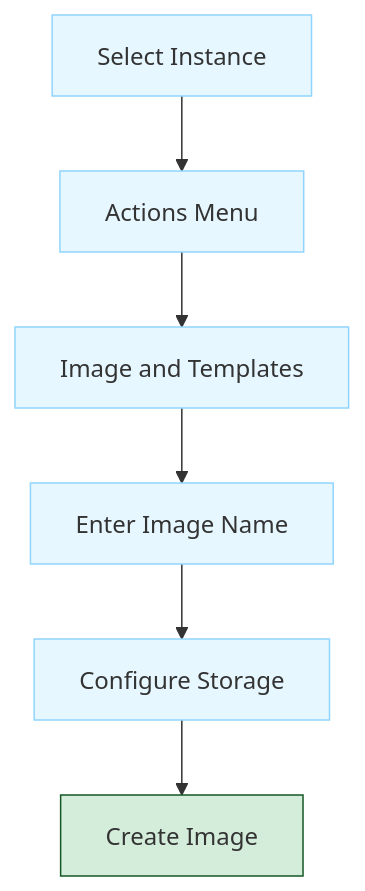
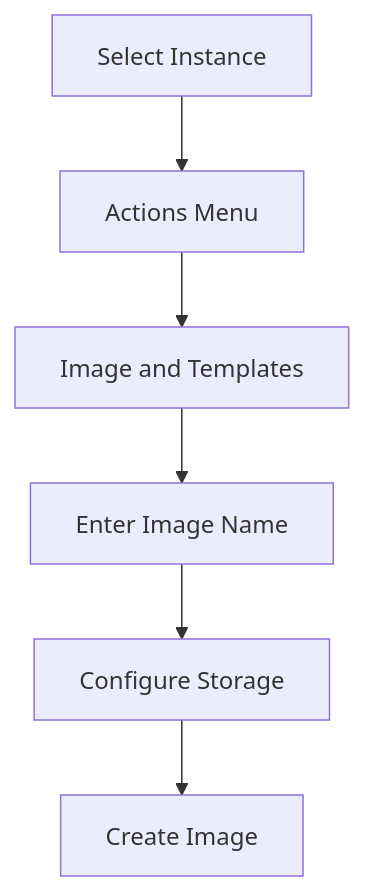
The second of 4 diagrams in docs/dev-cloud/cclab/lab_8.md (sujith-eag/sujith-library), drawn with Mermaid before and after one commit. The commit also changed other lines of this file and 41 other files, not shown here.

First line of the commit message:
Refactor diagrams and remove redundant styles in documentation

````diff
--- a/docs/dev-cloud/cclab/lab_8.md
+++ b/docs/dev-cloud/cclab/lab_8.md
@@ -54,14 +46,8 @@
 ```mermaid
 flowchart TD
     Select[Select Instance] --> Actions[Actions Menu]
     Actions --> Create[Image and Templates]
     Create --> Name[Enter Image Name]
     Name --> Storage[Configure Storage]
     Storage --> Done[Create Image]
-
-    classDef process fill:#e6f7ff,stroke:#91d5ff
-    classDef success fill:#d4edda,stroke:#155724
-
-    class Select,Actions,Create,Name,Storage process
-    class Done success
 ```
````
